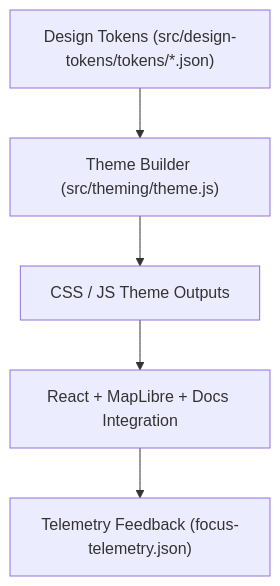
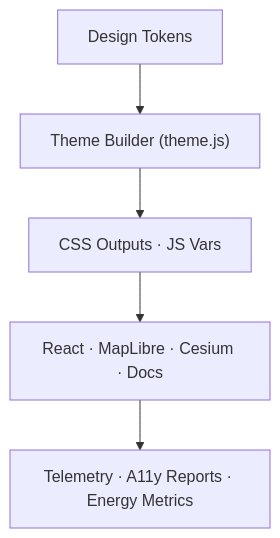
Before and after one commit to bartytime4life/Kansas-Frontier-Matrix: the diagram in src/theming/README.md, drawn with Mermaid. The commit also changed other lines of this file, not shown here.

````diff
--- a/src/theming/README.md
+++ b/src/theming/README.md
@@ -112,7 +131,7 @@
 ```mermaid
 flowchart TD
-  A["Design Tokens (src/design-tokens/tokens/*.json)"] --> B["Theme Builder (src/theming/theme.js)"]
-  B --> C["CSS / JS Theme Outputs"]
-  C --> D["React + MapLibre + Docs Integration"]
-  D --> E["Telemetry Feedback (focus-telemetry.json)"]
+  A["Design Tokens"] --> B["Theme Builder (theme.js)"]
+  B --> C["CSS Outputs · JS Vars"]
+  C --> D["React · MapLibre · Cesium · Docs"]
+  D --> E["Telemetry · A11y Reports · Energy Metrics"]
 ```
````
